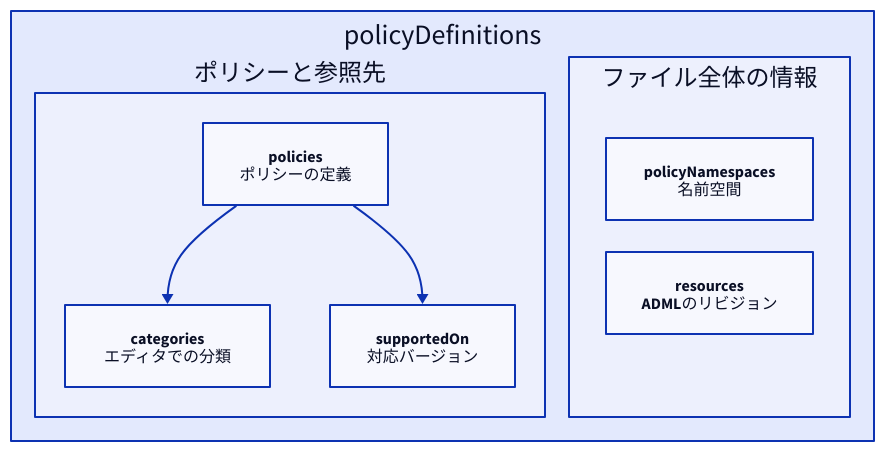
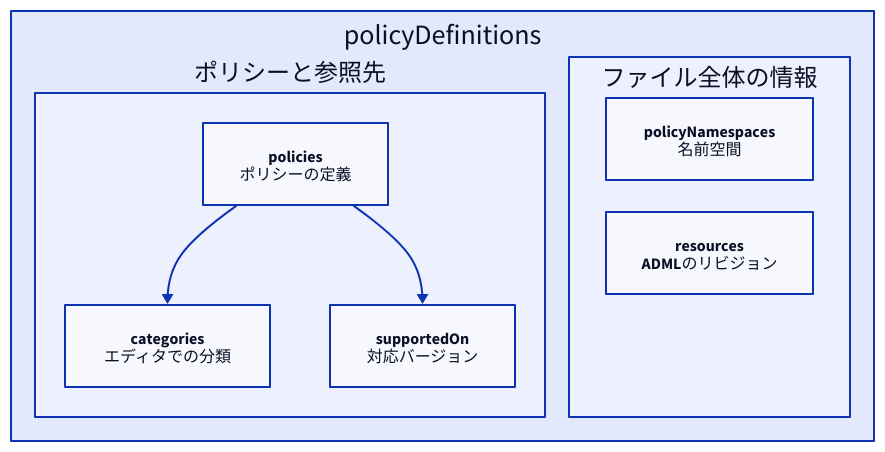
One commit to kenchan0130/kenchan0130.github.io changed the fourth of 8 diagrams in src/content/posts/2026-10-05-1.mdx. Above: the diagram before and after it, drawn with D2. The commit also changed other lines of this file, not shown here.

First line of the commit message:
Remove manual size hints from the ADMX article diagrams

````diff
--- a/src/content/posts/2026-10-05-1.mdx
+++ b/src/content/posts/2026-10-05-1.mdx
@@ -188,21 +184,20 @@
 ```d2 title="policyDefinitionsの5つの子要素。policiesの各ポリシーがcategoriesの分類とsupportedOnの対応バージョンを参照し、policyNamespacesとresourcesはファイル全体の情報を持つ"
 admx: policyDefinitions {
   grid-columns: 2
   grid-gap: 24
   defs: ポリシーと参照先 {
     direction: down
     pol: "policies\nポリシーの定義"
     cat: "categories\nエディタでの分類"
     sup: "supportedOn\n対応バージョン"
     pol -> cat
     pol -> sup
   }
   meta: ファイル全体の情報 {
-    height: 350
     grid-rows: 2
     grid-gap: 32
     ns: "policyNamespaces\n名前空間"
     res: "resources\nADMLのリビジョン"
   }
 }
 ```
````
